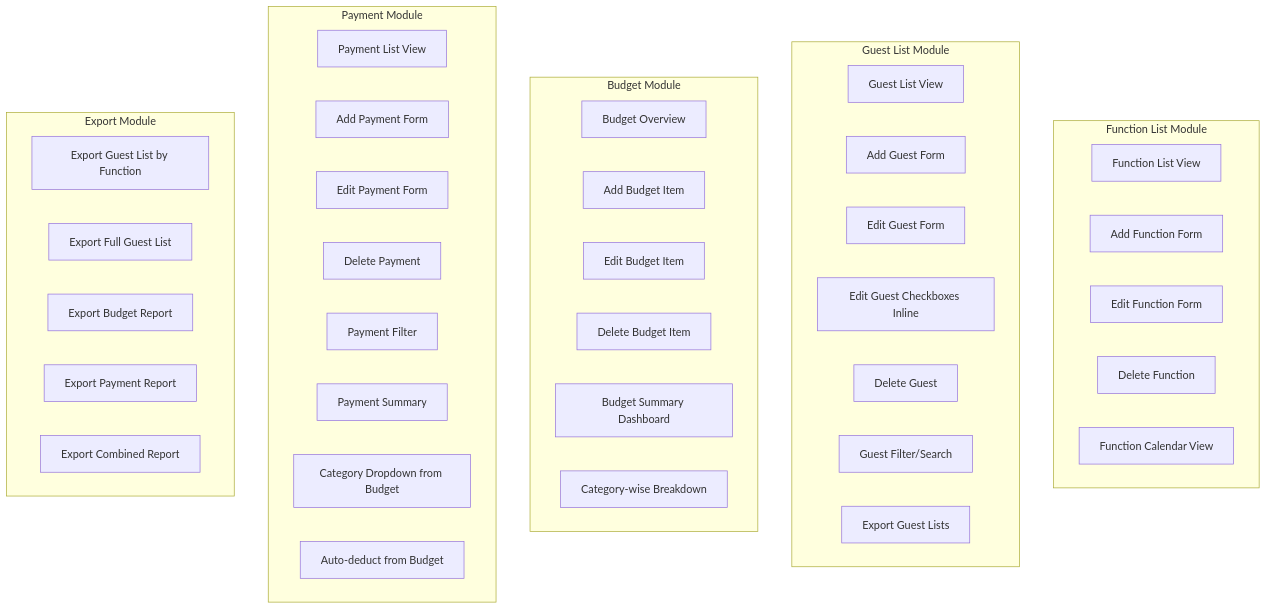
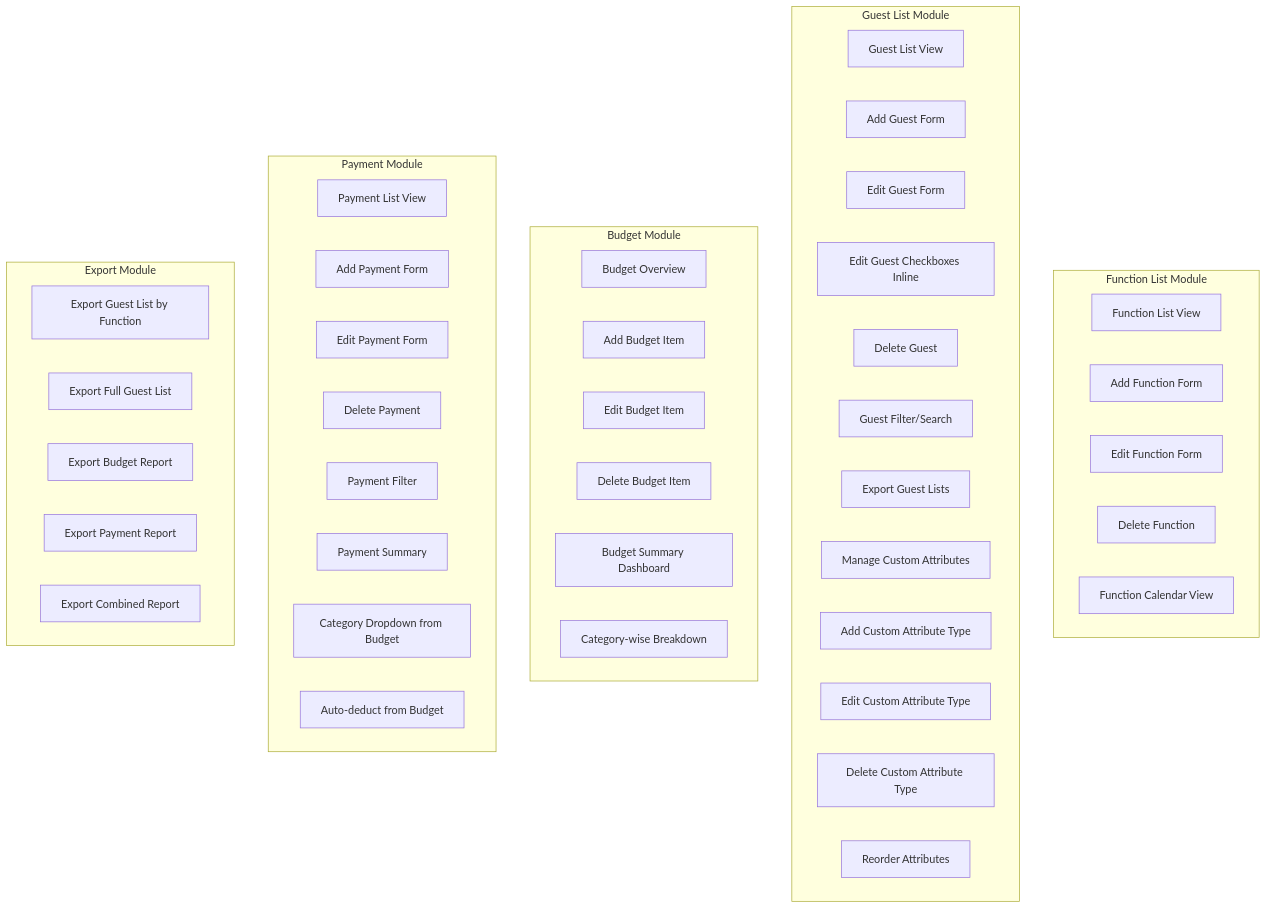
Before and after one commit to bansal6498/ShaadiApp: the fifth of 8 diagrams in ARCHITECTURE.md, drawn with Mermaid. The commit also changed other lines of this file and 2 other files, not shown here.

````diff
--- a/ARCHITECTURE.md
+++ b/ARCHITECTURE.md
@@ -245,48 +294,53 @@
 ```mermaid
 graph TD
     subgraph "Function List Module"
         F1[Function List View]
         F2[Add Function Form]
         F3[Edit Function Form]
         F4[Delete Function]
         F5[Function Calendar View]
     end
     
     subgraph "Guest List Module"
         G1[Guest List View]
         G2[Add Guest Form]
         G3[Edit Guest Form]
         G4[Edit Guest Checkboxes Inline]
         G5[Delete Guest]
         G6[Guest Filter/Search]
         G7[Export Guest Lists]
+        G8[Manage Custom Attributes]
+        G9[Add Custom Attribute Type]
+        G10[Edit Custom Attribute Type]
+        G11[Delete Custom Attribute Type]
+        G12[Reorder Attributes]
     end
     
     subgraph "Budget Module"
         B1[Budget Overview]
         B2[Add Budget Item]
         B3[Edit Budget Item]
         B4[Delete Budget Item]
         B5[Budget Summary Dashboard]
         B6[Category-wise Breakdown]
     end
     
     subgraph "Payment Module"
         P1[Payment List View]
         P2[Add Payment Form]
         P3[Edit Payment Form]
         P4[Delete Payment]
         P5[Payment Filter]
         P6[Payment Summary]
         P7[Category Dropdown from Budget]
         P8[Auto-deduct from Budget]
     end
     
     subgraph "Export Module"
         E1[Export Guest List by Function]
         E2[Export Full Guest List]
         E3[Export Budget Report]
         E4[Export Payment Report]
         E5[Export Combined Report]
     end
 ```
````
